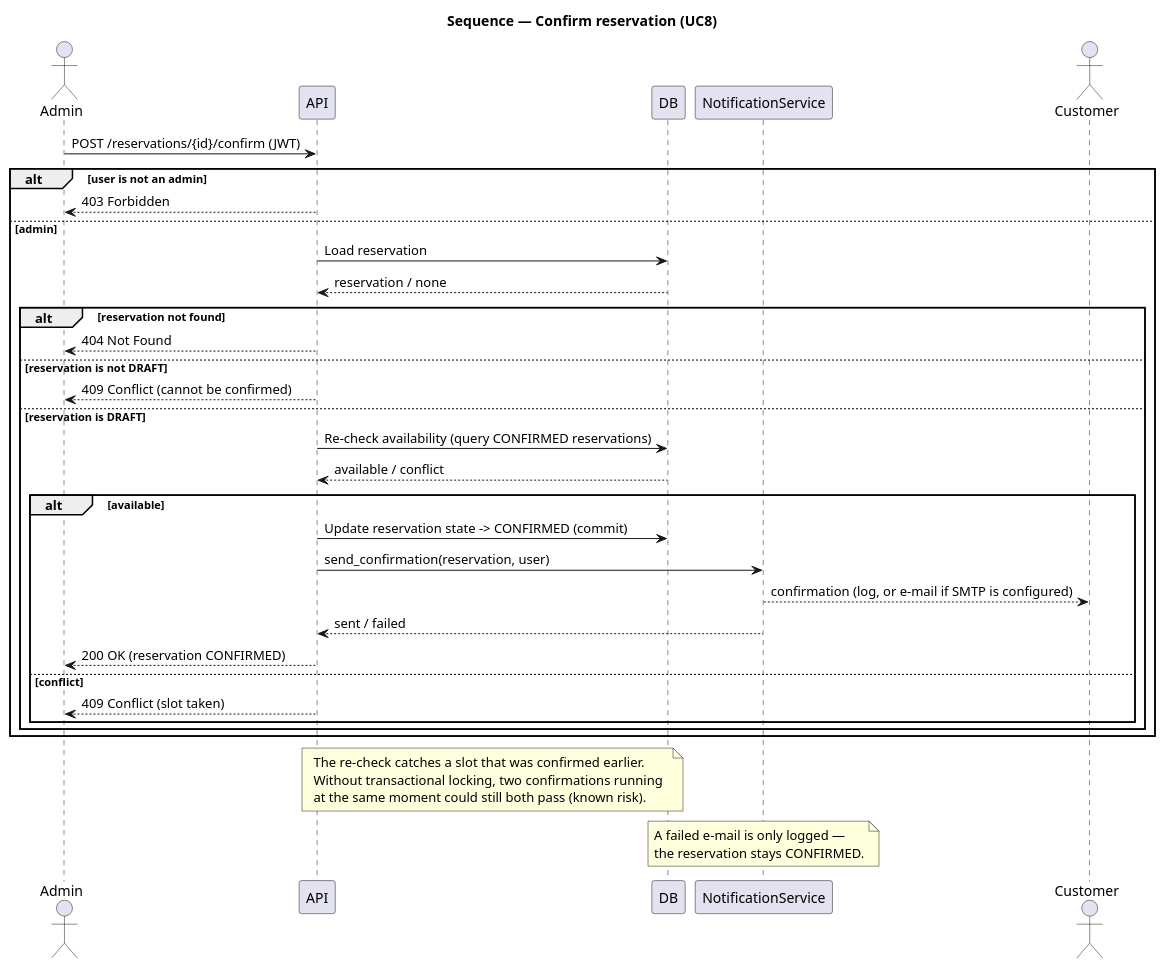
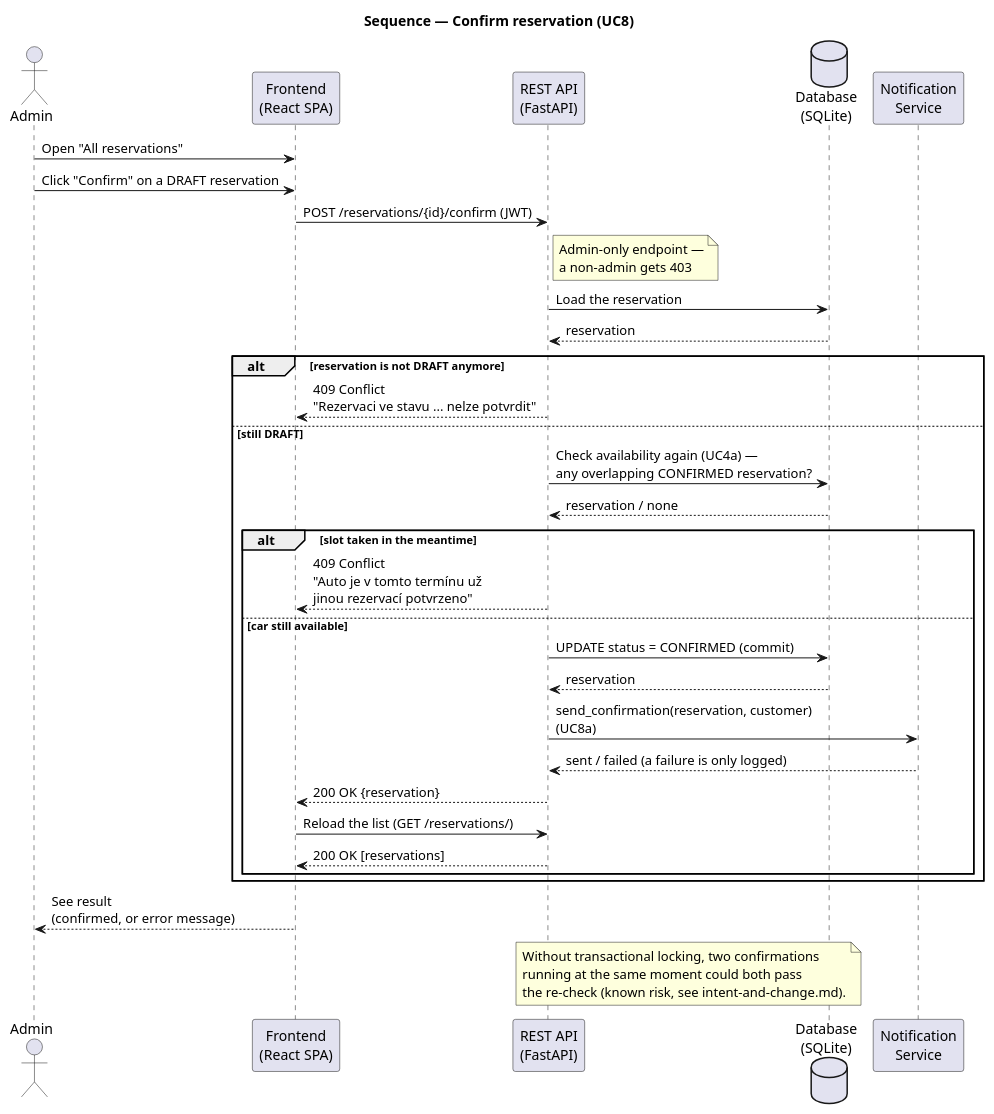
The diagram in docs/diagrams/sequence-confirm-reservation.puml (DavidMagyarics/CarRentalVSB), drawn with PlantUML before and after one commit. The commit also changed 13 other files, not shown here.

First line of the commit message:
add(docs): sequence diagram for every activity diagram

```diff
--- a/docs/diagrams/sequence-confirm-reservation.puml
+++ b/docs/diagrams/sequence-confirm-reservation.puml
@@ -1,49 +1,46 @@
-@startuml sequence_confirm_reservation
+@startuml sequence-confirm-reservation
+skinparam backgroundColor white
 title Sequence — Confirm reservation (UC8)
 
 actor Admin
-participant API
-participant DB
-participant NotificationService
-actor Customer
+participant "Frontend\n(React SPA)" as FE
+participant "REST API\n(FastAPI)" as API
+database "Database\n(SQLite)" as DB
+participant "Notification\nService" as NS
 
-Admin -> API: POST /reservations/{id}/confirm (JWT)
+Admin -> FE: Open "All reservations"
+Admin -> FE: Click "Confirm" on a DRAFT reservation
+FE -> API: POST /reservations/{id}/confirm (JWT)
+note right of API
+  Admin-only endpoint —
+  a non-admin gets 403
+end note
+API -> DB: Load the reservation
+DB --> API: reservation
 
-alt user is not an admin
-  API --> Admin: 403 Forbidden
-else admin
-  API -> DB: Load reservation
+alt reservation is not DRAFT anymore
+  API --> FE: 409 Conflict\n"Rezervaci ve stavu ... nelze potvrdit"
+else still DRAFT
+  API -> DB: Check availability again (UC4a) —\nany overlapping CONFIRMED reservation?
   DB --> API: reservation / none
-
-  alt reservation not found
-    API --> Admin: 404 Not Found
-  else reservation is not DRAFT
-    API --> Admin: 409 Conflict (cannot be confirmed)
-  else reservation is DRAFT
-    API -> DB: Re-check availability (query CONFIRMED reservations)
-    DB --> API: available / conflict
-
-    alt available
-      API -> DB: Update reservation state -> CONFIRMED (commit)
-      API -> NotificationService: send_confirmation(reservation, user)
-      NotificationService --> Customer: confirmation (log, or e-mail if SMTP is configured)
-      NotificationService --> API: sent / failed
-      API --> Admin: 200 OK (reservation CONFIRMED)
-    else conflict
-      API --> Admin: 409 Conflict (slot taken)
-    end
+  alt slot taken in the meantime
+    API --> FE: 409 Conflict\n"Auto je v tomto termínu už\njinou rezervací potvrzeno"
+  else car still available
+    API -> DB: UPDATE status = CONFIRMED (commit)
+    DB --> API: reservation
+    API -> NS: send_confirmation(reservation, customer)\n(UC8a)
+    NS --> API: sent / failed (a failure is only logged)
+    API --> FE: 200 OK {reservation}
+    FE -> API: Reload the list (GET /reservations/)
+    API --> FE: 200 OK [reservations]
   end
 end
 
-note over API,DB
-  The re-check catches a slot that was confirmed earlier.
-  Without transactional locking, two confirmations running
-  at the same moment could still both pass (known risk).
+FE --> Admin: See result\n(confirmed, or error message)
+
+note over API, DB
+  Without transactional locking, two confirmations
+  running at the same moment could both pass
+  the re-check (known risk, see intent-and-change.md).
 end note
-
-note over NotificationService
-  A failed e-mail is only logged —
-  the reservation stays CONFIRMED.
-end note
-
 @enduml
```
